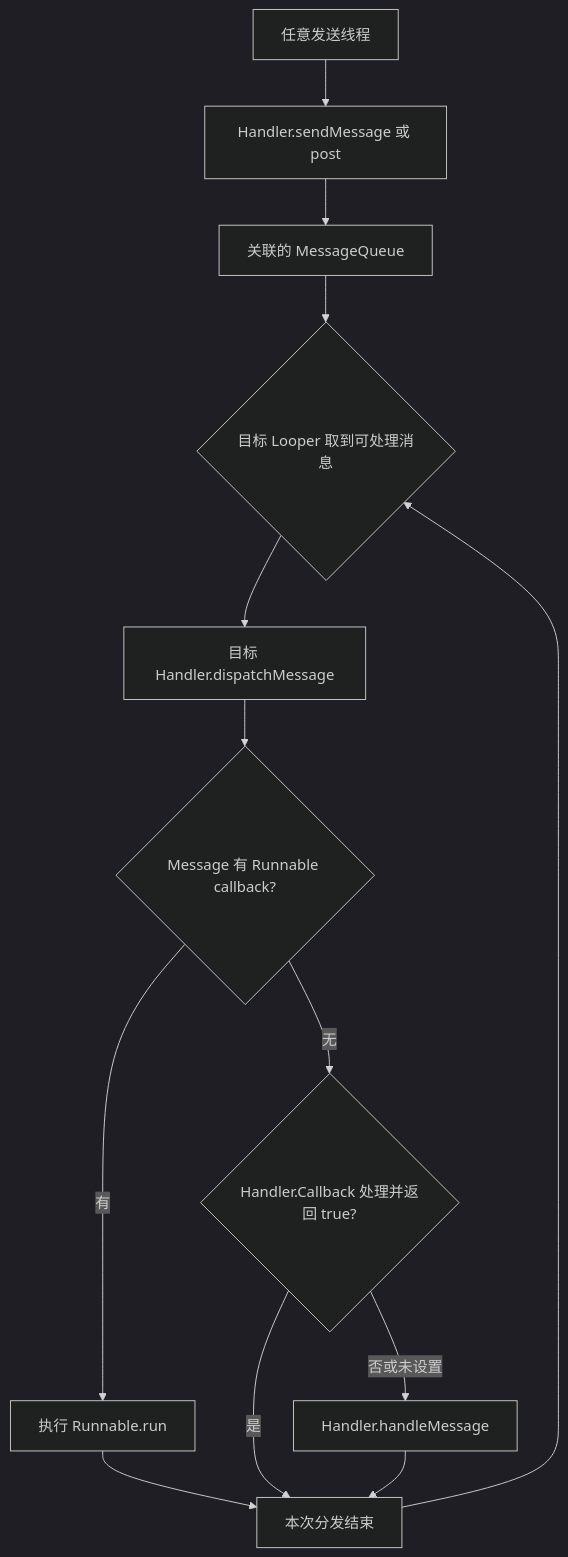
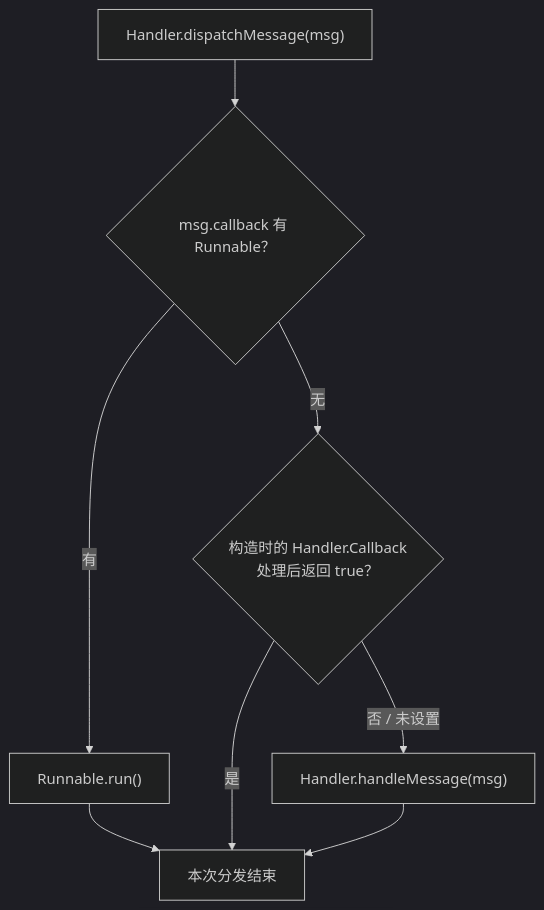
One commit to SunnyLy/SunnyLy.github.io changed the first of 7 diagrams in docs/android/basics/handler.md. Above: the diagram before and after it, drawn with Mermaid (dark theme). The commit also changed other lines of this file and 1 other file, not shown here.

First line of the commit message:
docs(android): explain Handler with a conveyor model

````diff
--- a/docs/android/basics/handler.md
+++ b/docs/android/basics/handler.md
@@ -32,15 +97,10 @@
 ```mermaid
 flowchart TB
-  A[任意发送线程] --> B[Handler.sendMessage 或 post]
-  B --> C[关联的 MessageQueue]
-  C --> D{目标 Looper 取到可处理消息}
-  D --> E[目标 Handler.dispatchMessage]
-  E --> F{Message 有 Runnable callback?}
-  F -->|有| G[执行 Runnable.run]
-  F -->|无| H{Handler.Callback 处理并返回 true?}
-  H -->|是| I[本次分发结束]
-  H -->|否或未设置| J[Handler.handleMessage]
-  G --> I
-  J --> I
-  I --> D
+  Dispatch["Handler.dispatchMessage(msg)"] --> Runnable{"msg.callback 有 Runnable？"}
+  Runnable -->|有| Run["Runnable.run()"]
+  Runnable -->|无| Callback{"构造时的 Handler.Callback<br/>处理后返回 true？"}
+  Callback -->|是| End["本次分发结束"]
+  Callback -->|否 / 未设置| Handle["Handler.handleMessage(msg)"]
+  Run --> End
+  Handle --> End
 ```
````
